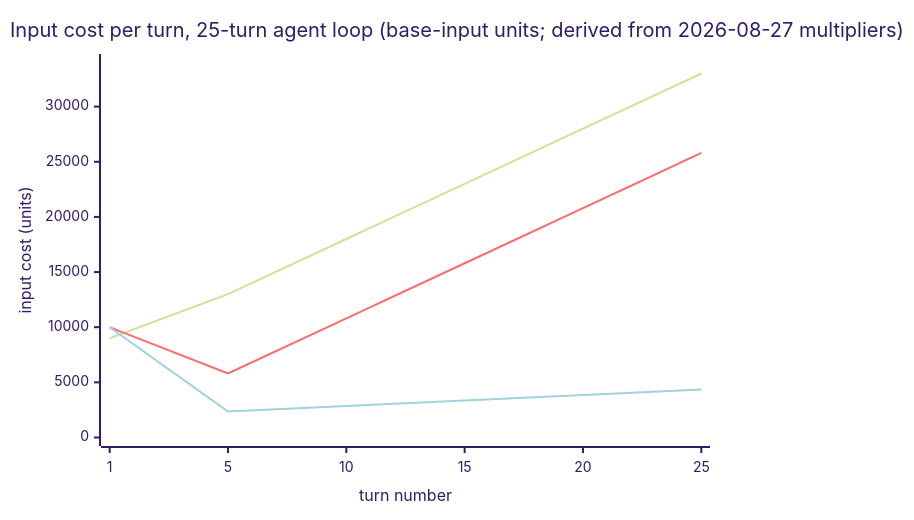
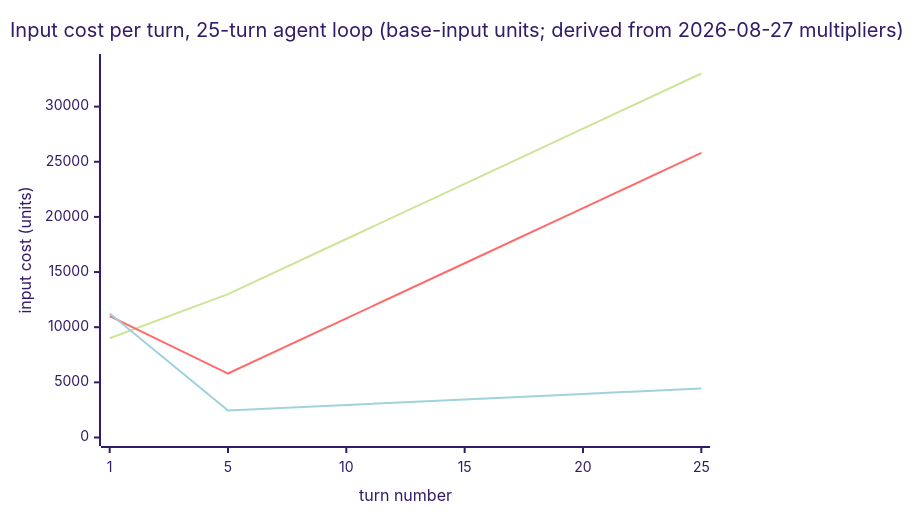
The first of 2 diagrams in manuscript/14-the-cache-that-pays-your-bill.md (arbazkhan971/inference-engineering-book), drawn with Mermaid (forest theme) before and after one commit. The commit also changed other lines of this file and 3 other files, not shown here.

Commit message:
ch14: gate-2 fix pass — correct incremental-caching arithmetic (55,000/90% -> 90,450/83%), chart points, fresh-input formula term

````diff
--- a/manuscript/14-the-cache-that-pays-your-bill.md
+++ b/manuscript/14-the-cache-that-pays-your-bill.md
@@ -79,9 +79,9 @@
 ```mermaid
 xychart-beta
     title "Input cost per turn, 25-turn agent loop (base-input units; derived from 2026-08-27 multipliers)"
     x-axis "turn number" [1, 5, 10, 15, 20, 25]
     y-axis "input cost (units)" 0 --> 34000
     line [9000, 13000, 18000, 23000, 28000, 33000]
-    line [10000, 5800, 10800, 15800, 20800, 25800]
-    line [10000, 2350, 2850, 3350, 3850, 4350]
+    line [11000, 5800, 10800, 15800, 20800, 25800]
+    line [11250, 2450, 2950, 3450, 3950, 4450]
 ```
````
